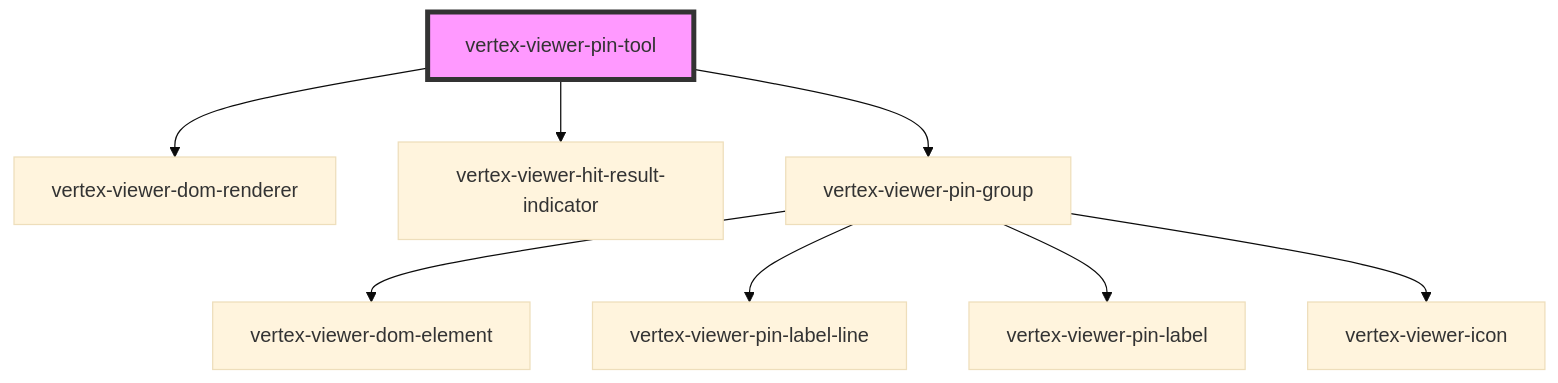
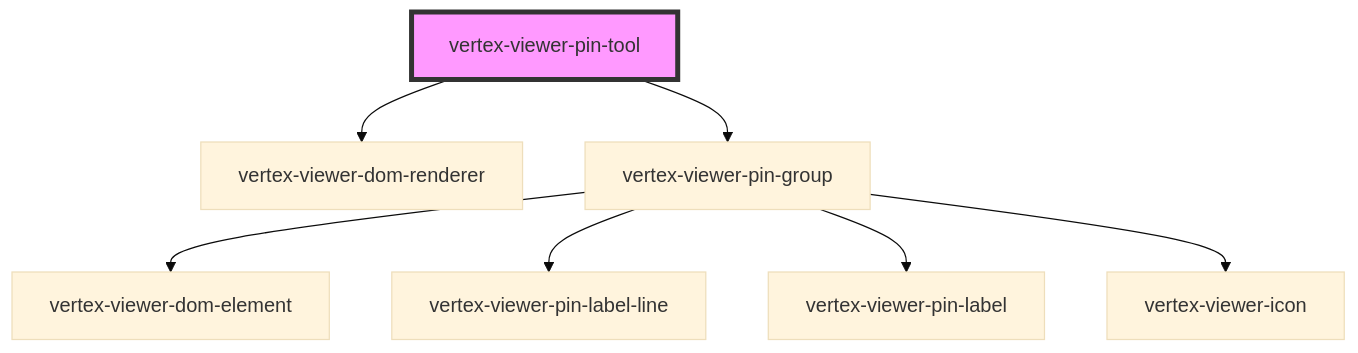
Before and after one commit to Vertexvis/vertex-web-sdk: the diagram in packages/viewer/src/components/viewer-pin-tool/readme.md, drawn with Mermaid (base theme). The commit also changed other lines of this file and 7 other files, not shown here.

````diff
--- a/packages/viewer/src/components/viewer-pin-tool/readme.md
+++ b/packages/viewer/src/components/viewer-pin-tool/readme.md
@@ -210,11 +209,10 @@
 ```mermaid
 graph TD;
   vertex-viewer-pin-tool --> vertex-viewer-dom-renderer
-  vertex-viewer-pin-tool --> vertex-viewer-hit-result-indicator
   vertex-viewer-pin-tool --> vertex-viewer-pin-group
   vertex-viewer-pin-group --> vertex-viewer-dom-element
   vertex-viewer-pin-group --> vertex-viewer-pin-label-line
   vertex-viewer-pin-group --> vertex-viewer-pin-label
   vertex-viewer-pin-group --> vertex-viewer-icon
   style vertex-viewer-pin-tool fill:#f9f,stroke:#333,stroke-width:4px
 ```
````
